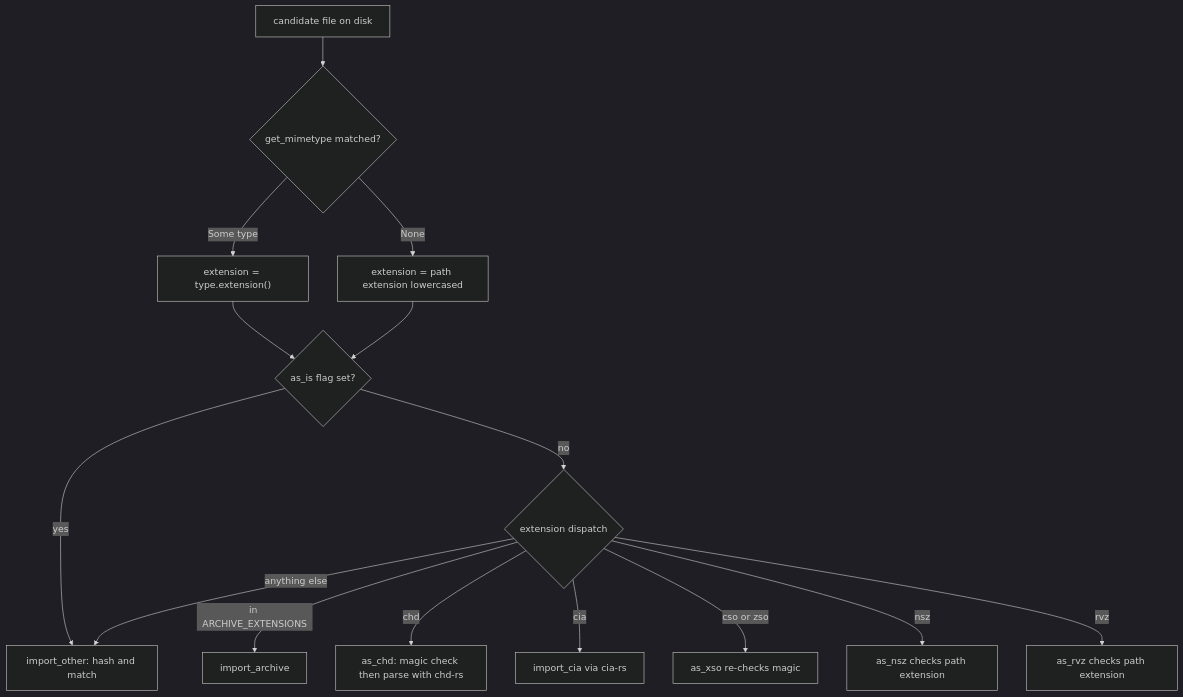
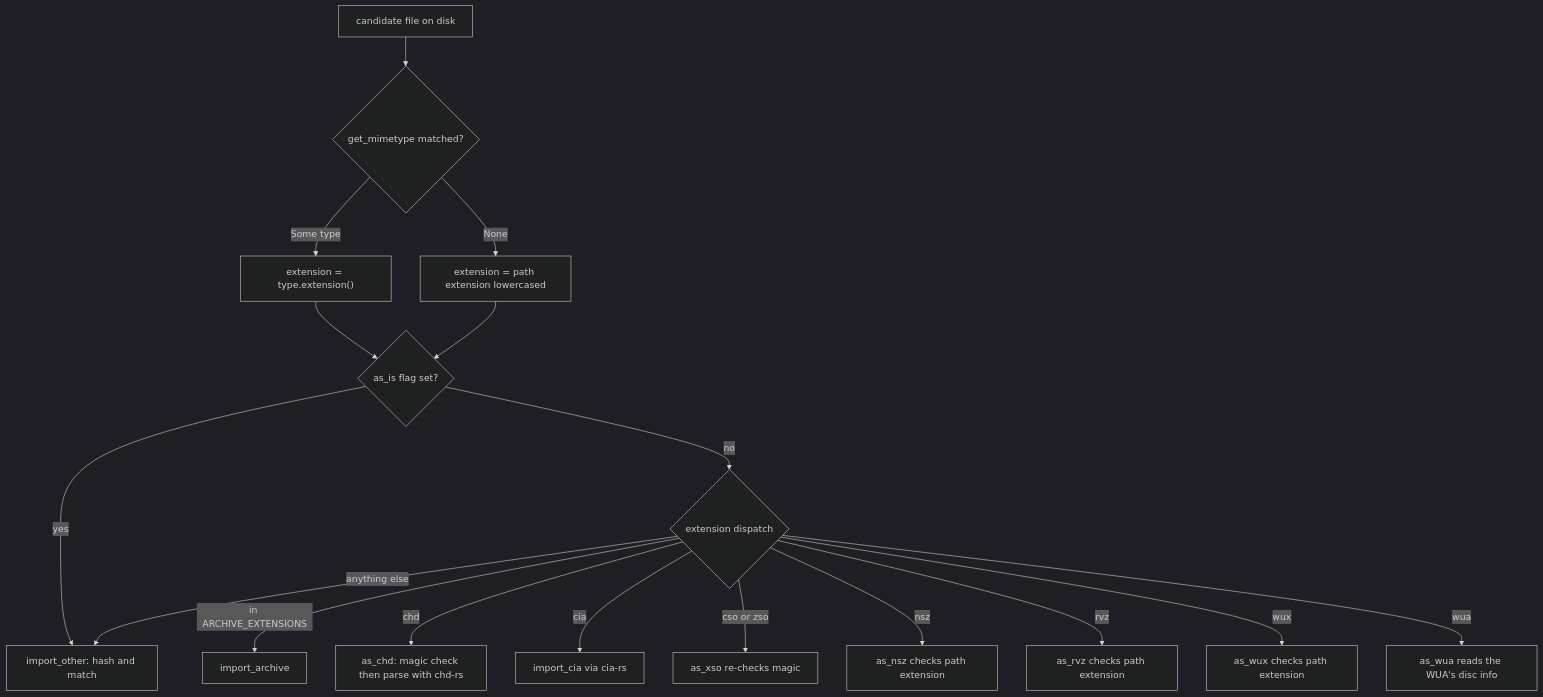
Before and after one commit to alucryd/oxyromon: the diagram in openwiki/concepts/file-type-detection-and-extensions.md, drawn with Mermaid (dark theme). The commit also changed other lines of this file and 166 other files, not shown here.

````diff
--- a/openwiki/concepts/file-type-detection-and-extensions.md
+++ b/openwiki/concepts/file-type-detection-and-extensions.md
@@ -174,17 +186,19 @@
 ```mermaid
 flowchart TD
     F["candidate file on disk"] --> Q{"get_mimetype matched?"}
     Q -- "Some type" --> E1["extension = type.extension()"]
     Q -- "None" --> E2["extension = path extension lowercased"]
     E1 --> AS{"as_is flag set?"}
     E2 --> AS
     AS -- "yes" --> O["import_other: hash and match"]
     AS -- "no" --> D{"extension dispatch"}
     D -- "in ARCHIVE_EXTENSIONS" --> A["import_archive"]
     D -- "chd" --> C["as_chd: magic check then parse with chd-rs"]
     D -- "cia" --> CIA["import_cia via cia-rs"]
     D -- "cso or zso" --> X["as_xso re-checks magic"]
     D -- "nsz" --> N["as_nsz checks path extension"]
     D -- "rvz" --> R["as_rvz checks path extension"]
+    D -- "wux" --> W["as_wux checks path extension"]
+    D -- "wua" --> WA["as_wua reads the WUA's disc info"]
     D -- "anything else" --> O
 ```
````
